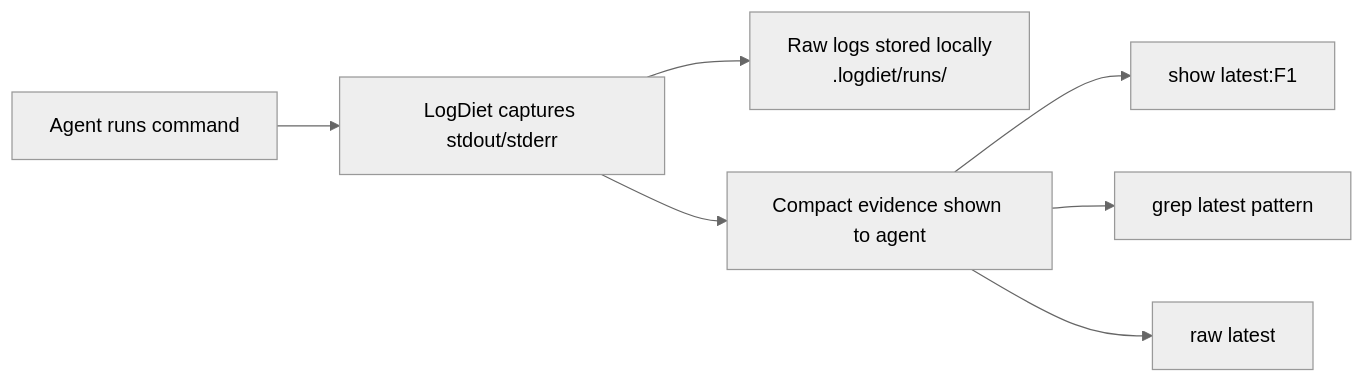
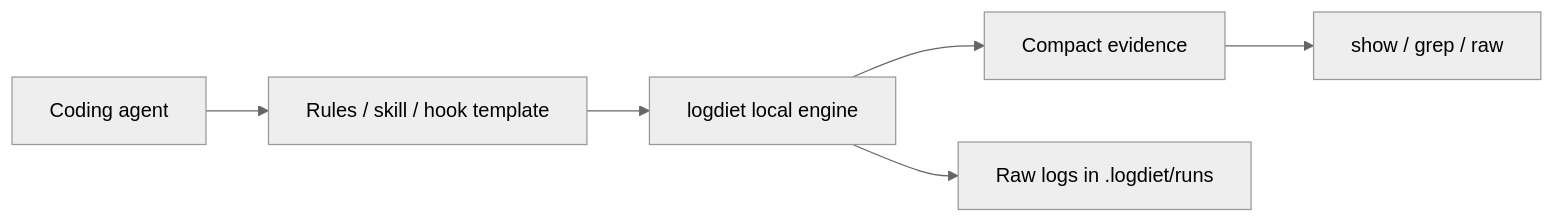
One commit to yoon-sang-won/LogDiet changed the diagram in README.md. Above: the diagram before and after it, drawn with Mermaid (neutral theme). The commit also changed other lines of this file and 30 other files, not shown here.

````diff
--- a/README.md
+++ b/README.md
@@ -82,9 +79,8 @@
 ```mermaid
 flowchart LR
-    A[Agent runs command] --> B[LogDiet captures stdout/stderr]
-    B --> C[Raw logs stored locally<br/>.logdiet/runs/]
-    B --> D[Compact evidence shown to agent]
-    D --> E[show latest:F1]
-    D --> F[grep latest pattern]
-    D --> G[raw latest]
+    A[Coding agent] --> B[Rules / skill / hook template]
+    B --> C[logdiet local engine]
+    C --> D[Compact evidence]
+    C --> E[Raw logs in .logdiet/runs]
+    D --> F[show / grep / raw]
 ```
````
